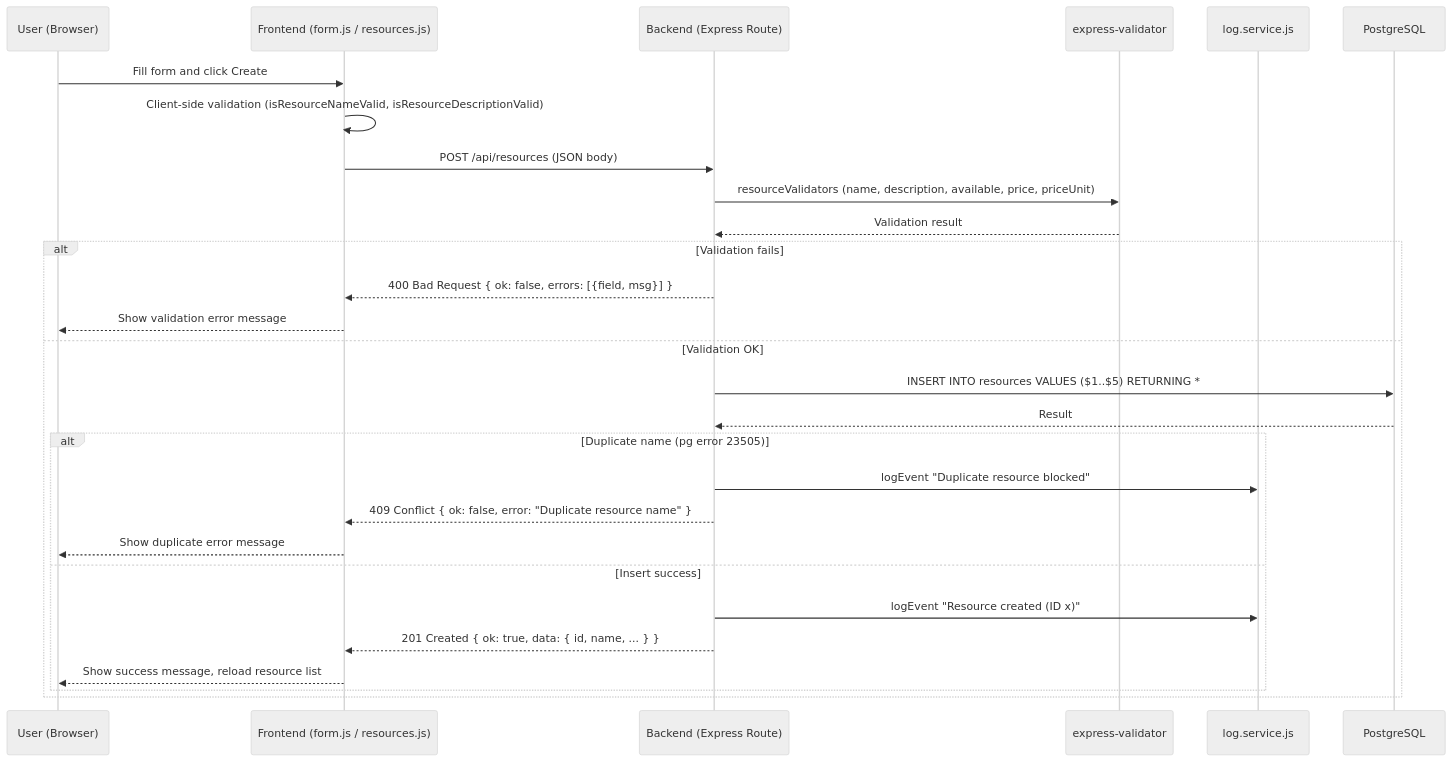
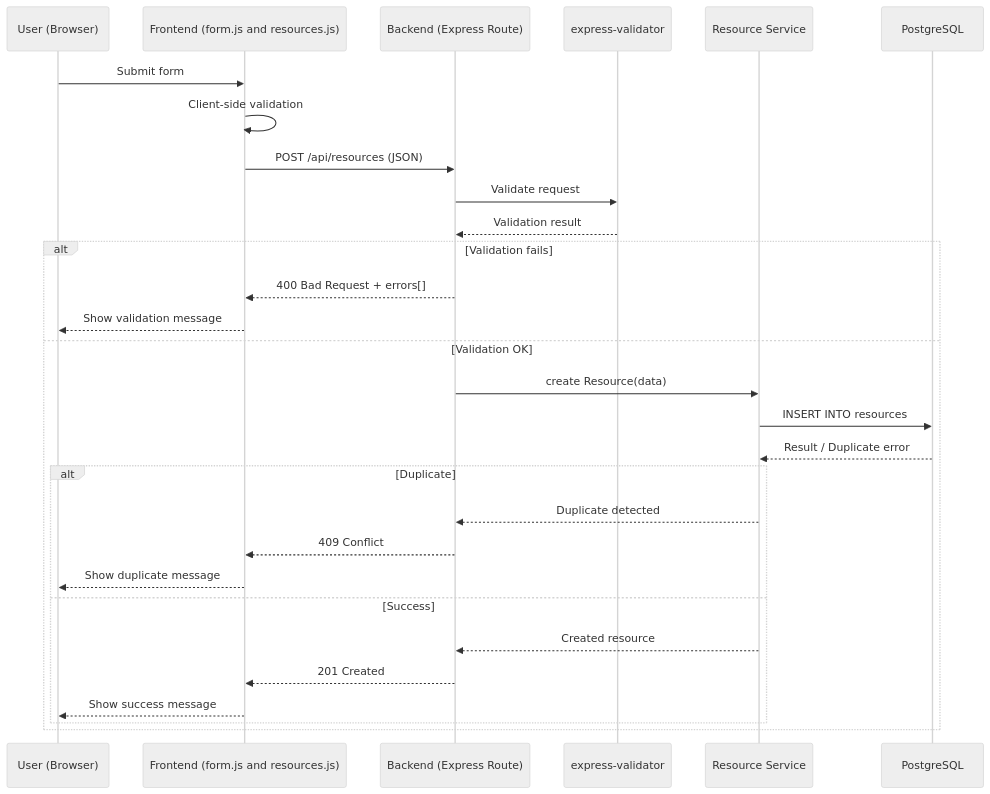
The first of 4 diagrams in BookingSystem/Phase6/G1_CRUD_DataFlow.md (IbnBaqqi/adv-web), drawn with Mermaid (neutral theme) before and after one commit. The commit also changed other lines of this file, not shown here.

````diff
--- a/BookingSystem/Phase6/G1_CRUD_DataFlow.md
+++ b/BookingSystem/Phase6/G1_CRUD_DataFlow.md
@@ -7,34 +7,35 @@
 ```mermaid
 sequenceDiagram
     participant U as User (Browser)
-    participant F as Frontend (form.js / resources.js)
+    participant F as Frontend (form.js and resources.js)
     participant B as Backend (Express Route)
     participant V as express-validator
-    participant L as log.service.js
+    participant S as Resource Service
     participant DB as PostgreSQL
 
-    U->>F: Fill form and click Create
-    F->>F: Client-side validation (isResourceNameValid, isResourceDescriptionValid)
-    F->>B: POST /api/resources (JSON body)
+    U->>F: Submit form
+    F->>F: Client-side validation
+    F->>B: POST /api/resources (JSON)
 
-    B->>V: resourceValidators (name, description, available, price, priceUnit)
+    B->>V: Validate request
     V-->>B: Validation result
 
     alt Validation fails
-        B-->>F: 400 Bad Request { ok: false, errors: [{field, msg}] }
-        F-->>U: Show validation error message
+        B-->>F: 400 Bad Request + errors[]
+        F-->>U: Show validation message
     else Validation OK
-        B->>DB: INSERT INTO resources VALUES ($1..$5) RETURNING *
-        DB-->>B: Result
+        B->>S: create Resource(data)
+        S->>DB: INSERT INTO resources
+        DB-->>S: Result / Duplicate error
 
-        alt Duplicate name (pg error 23505)
-            B->>L: logEvent "Duplicate resource blocked"
-            B-->>F: 409 Conflict { ok: false, error: "Duplicate resource name" }
-            F-->>U: Show duplicate error message
-        else Insert success
-            B->>L: logEvent "Resource created (ID x)"
-            B-->>F: 201 Created { ok: true, data: { id, name, ... } }
-            F-->>U: Show success message, reload resource list
+        alt Duplicate
+            S-->>B: Duplicate detected
+            B-->>F: 409 Conflict
+            F-->>U: Show duplicate message
+        else Success
+            S-->>B: Created resource
+            B-->>F: 201 Created
+            F-->>U: Show success message
         end
     end
 ```
````
